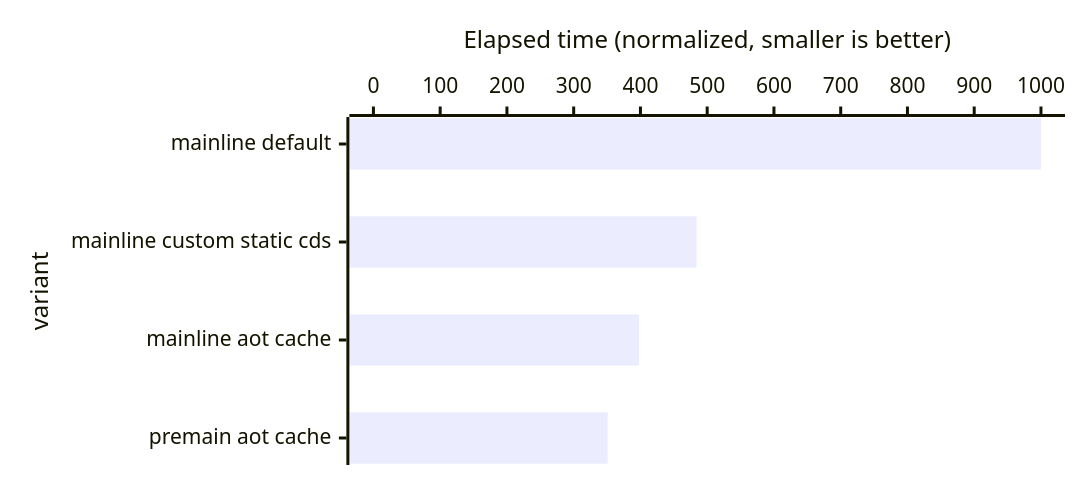
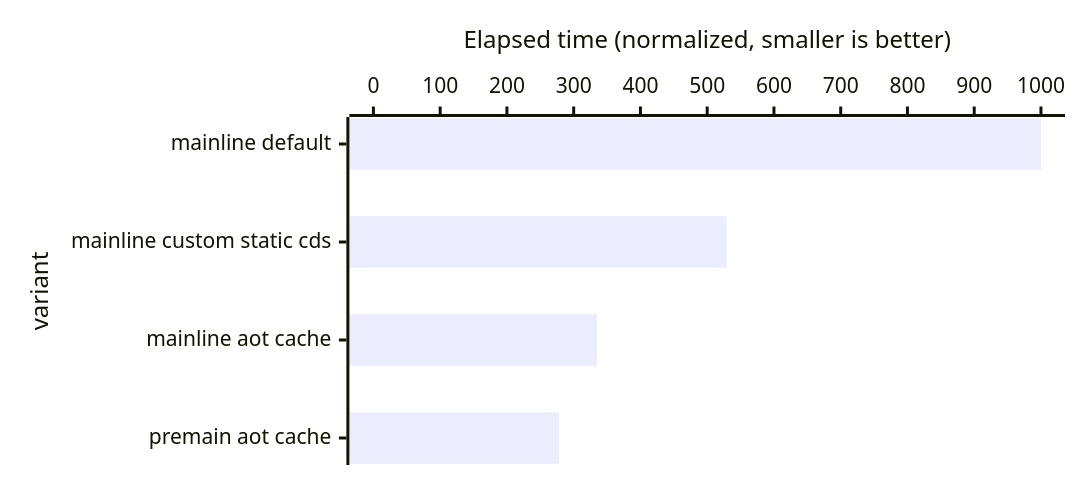
The first of 6 diagrams in README.md (openjdk/leyden), drawn with Mermaid before and after one commit. The commit also changed other lines of this file and 1 other file, not shown here.

Commit message:
Fixed benchmark improvement calculation

````diff
--- a/README.md
+++ b/README.md
@@ -395,12 +395,12 @@
 ```mermaid
 ---
 config:
     xyChart:
         chartOrientation: horizontal
         height: 300
 ---
 xychart-beta
     x-axis "variant" ["mainline default", "mainline custom static cds", "mainline aot cache", "premain aot cache"]
     y-axis "Elapsed time (normalized, smaller is better)" 0 --> 1000
-    bar [1000, 484, 398, 351]
+    bar [1000, 529, 335, 278]
 ```
````
